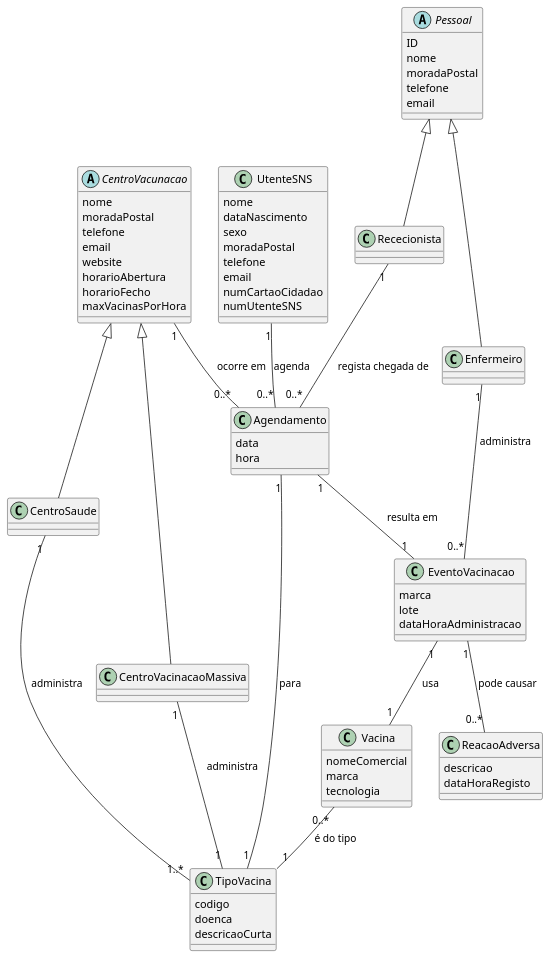
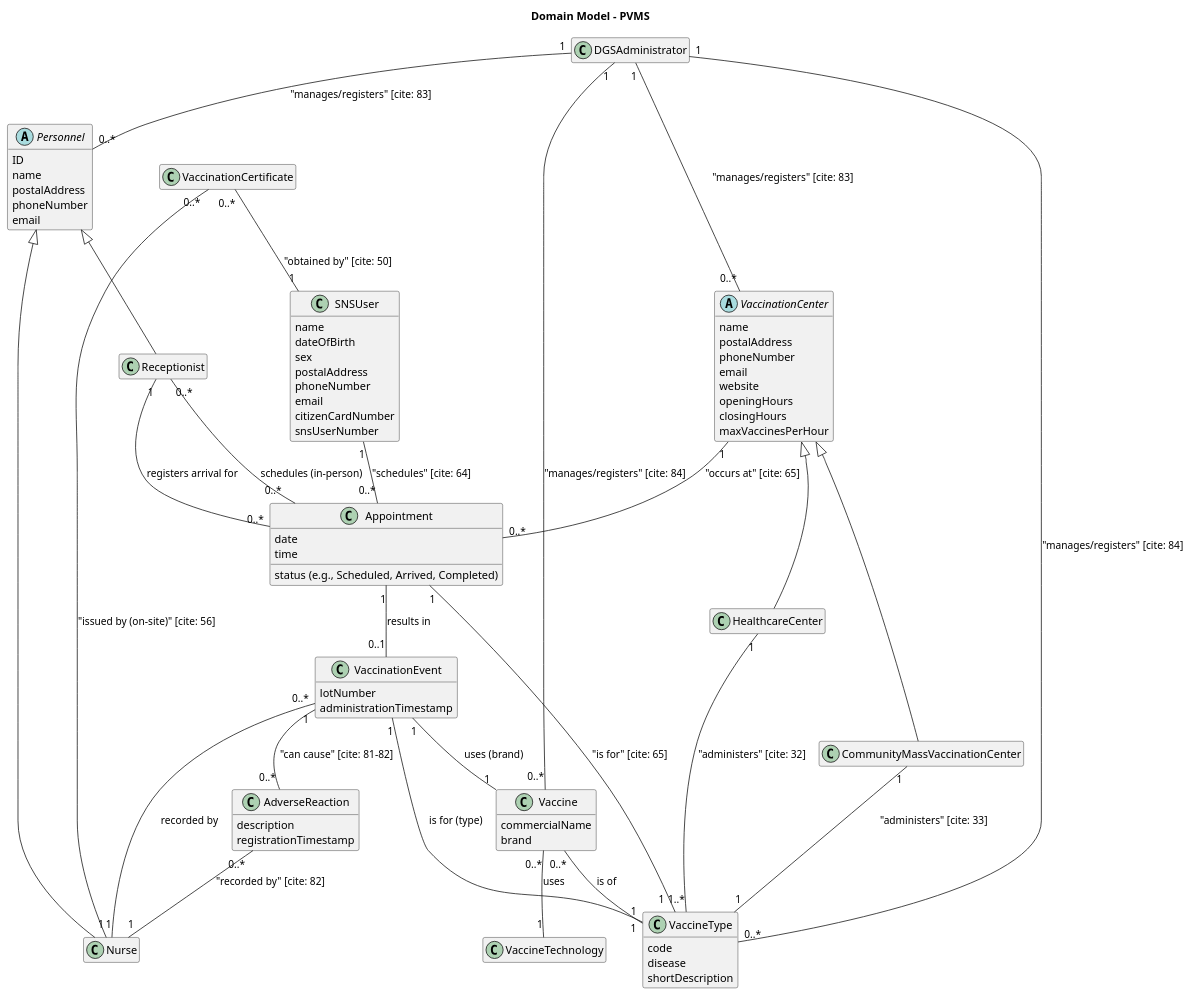
The diagram in project-template/docs/(template-files)/global-artifacts/puml/UCD.puml (afonso51111/leti-esoft-25-26-A3), drawn with PlantUML before and after one commit. The commit also changed 1 other file, not shown here.

Commit message:
fiz o modelo dominio e o suplementary falta verificar e o analysis incompleto, tiago fez glossario falta verificar, falta use cases

```diff
--- a/project-template/docs/(template-files)/global-artifacts/puml/UCD.puml
+++ b/project-template/docs/(template-files)/global-artifacts/puml/UCD.puml
@@ -1,105 +1,124 @@
 @startuml
-' Modelo de Domínio (US06)
-' Baseado em LETI-ESOFT25-26-ProjectAssignment.pdf
+' Modelo de Domínio Corrigido (US06)
+' Baseado em LETI-ESOFT25-26-ProjectAssignment.pdf e Glossário.
+' Todos os artefactos devem estar em Inglês
 
 skinparam classAttributeIconSize 0
+hide empty members
+title Domain Model - PVMS
 
-abstract class "CentroVacunacao" {
-    nome
-    moradaPostal
-    telefone
-    email
-    website
-    horarioAbertura
-    horarioFecho
-    maxVacinasPorHora
-}
-
-class "CentroSaude" extends "CentroVacunacao" {
-    ' Pode administrar vários tipos de vacinas [cite: 32]
-}
-
-class "CentroVacinacaoMassiva" extends "CentroVacunacao" {
-    ' Administra um único tipo de vacina [cite: 33]
-}
-
-abstract class "Pessoal" {
+' --- Classes de Papéis (Roles) ---
+abstract class "Personnel" {
     ID
-    nome
-    moradaPostal
-    telefone
+    name
+    postalAddress
+    phoneNumber
     email
 }
 
-class "Rececionista" extends "Pessoal" {}
-class "Enfermeiro" extends "Pessoal" {}
+class "Receptionist" extends "Personnel" {}
 
-class "UtenteSNS" {
-    nome
-    dataNascimento
-    sexo
-    moradaPostal
-    telefone
+class "Nurse" extends "Personnel" {}
+
+class "SNSUser" {
+    name
+    dateOfBirth
+    sex
+    postalAddress
+    phoneNumber
     email
-    numCartaoCidadao
-    numUtenteSNS
+    citizenCardNumber
+    snsUserNumber
 }
 
-class "Agendamento" {
-    data
-    hora
+class "DGSAdministrator" {}
+
+' --- Classes de Locais (Places) ---
+abstract class "VaccinationCenter" {
+    name
+    postalAddress
+    phoneNumber
+    email
+    website
+    openingHours
+    closingHours
+    maxVaccinesPerHour
 }
 
-class "EventoVacinacao" {
-    marca
-    lote
-    dataHoraAdministracao
+class "HealthcareCenter" extends "VaccinationCenter" {
+    ' Can administer various vaccine types [cite: 32]
 }
 
-class "ReacaoAdversa" {
-    descricao
-    dataHoraRegisto
+class "CommunityMassVaccinationCenter" extends "VaccinationCenter" {
+    ' Administers a single vaccine type [cite: 33]
 }
 
-class "TipoVacina" {
-    codigo
-    doenca
-    descricaoCurta
+' --- Classes de Transações e Eventos ---
+class "Appointment" {
+    date
+    time
+    status (e.g., Scheduled, Arrived, Completed)
 }
 
-class "Vacina" {
-    nomeComercial
-    marca
-    tecnologia
+class "VaccinationEvent" {
+    lotNumber
+    administrationTimestamp
 }
 
-' Relações Principais
-UtenteSNS "1" -- "0..*" Agendamento : agenda
-CentroVacunacao "1" -- "0..*" Agendamento : ocorre em
+class "AdverseReaction" {
+    description
+    registrationTimestamp
+}
 
-' Relação Centro-Vacina
-CentroSaude "1" -- "1..*" TipoVacina : administra
-CentroVacinacaoMassiva "1" -- "1" TipoVacina : administra
+' --- Classes de Documentos e Descrições ---
+class "VaccinationCertificate" {}
 
-' Relação Agendamento-TipoVacina
-Agendamento "1" -- "1" TipoVacina : para
+class "VaccineType" {
+    code
+    disease
+    shortDescription
+}
 
-' Relação Rececionista-Agendamento
-Rececionista "1" -- "0..*" Agendamento : regista chegada de
+class "Vaccine" {
+    commercialName
+    brand
+}
 
-' Relação Enfermeiro-Evento
-Enfermeiro "1" -- "0..*" EventoVacinacao : administra
+class "VaccineTechnology" {
+    ' e.g., Messenger RNA, Viral Vector [cite: 87]
+}
 
-' Relação Agendamento-Evento
-Agendamento "1" -- "1" EventoVacinacao : resulta em
+' ---------- Relações (Associations) ----------
 
-' Relação Evento-Reacao
-EventoVacinacao "1" -- "0..*" ReacaoAdversa : pode causar
+' Relações de Agendamento (Appointment)
+SNSUser "1" -- "0..*" Appointment : "schedules" [cite: 64]
+Receptionist "0..*" -- "0..*" Appointment : "schedules (in-person)"
+Receptionist "1" -- "0..*" Appointment : "registers arrival for"
+VaccinationCenter "1" -- "0..*" Appointment : "occurs at" [cite: 65]
+Appointment "1" -- "1" VaccineType : "is for" [cite: 65]
 
-' Relação Evento-Vacina (a vacina específica administrada)
-EventoVacinacao "1" -- "1" Vacina : usa
+' Relações de Eventos (Event)
+Appointment "1" -- "0..1" VaccinationEvent : "results in"
+VaccinationEvent "0..*" -- "1" Nurse : "recorded by"
+VaccinationEvent "1" -- "1" Vaccine : "uses (brand)"
+VaccinationEvent "1" -- "1" VaccineType : "is for (type)"
+VaccinationEvent "1" -- "0..*" AdverseReaction : "can cause" [cite: 81-82]
+AdverseReaction "0..*" -- "1" Nurse : "recorded by" [cite: 82]
 
-' Relação Vacina-TipoVacina
-Vacina "0..*" -- "1" TipoVacina : é do tipo
+' Relações de Vacinas (Vaccine)
+Vaccine "0..*" -- "1" VaccineType : "is of"
+Vaccine "0..*" -- "1" VaccineTechnology : "uses"
+HealthcareCenter "1" -- "1..*" VaccineType : "administers" [cite: 32]
+CommunityMassVaccinationCenter "1" -- "1" VaccineType : "administers" [cite: 33]
+
+' Relações de Certificados (Certificate)
+VaccinationCertificate "0..*" -- "1" SNSUser : "obtained by" [cite: 50]
+VaccinationCertificate "0..*" -- "1" Nurse : "issued by (on-site)" [cite: 56]
+
+' Relações de Gestão (Admin)
+DGSAdministrator "1" -- "0..*" VaccinationCenter : "manages/registers" [cite: 83]
+DGSAdministrator "1" -- "0..*" Personnel : "manages/registers" [cite: 83]
+DGSAdministrator "1" -- "0..*" Vaccine : "manages/registers" [cite: 84]
+DGSAdministrator "1" -- "0..*" VaccineType : "manages/registers" [cite: 84]
 
 @enduml
```
